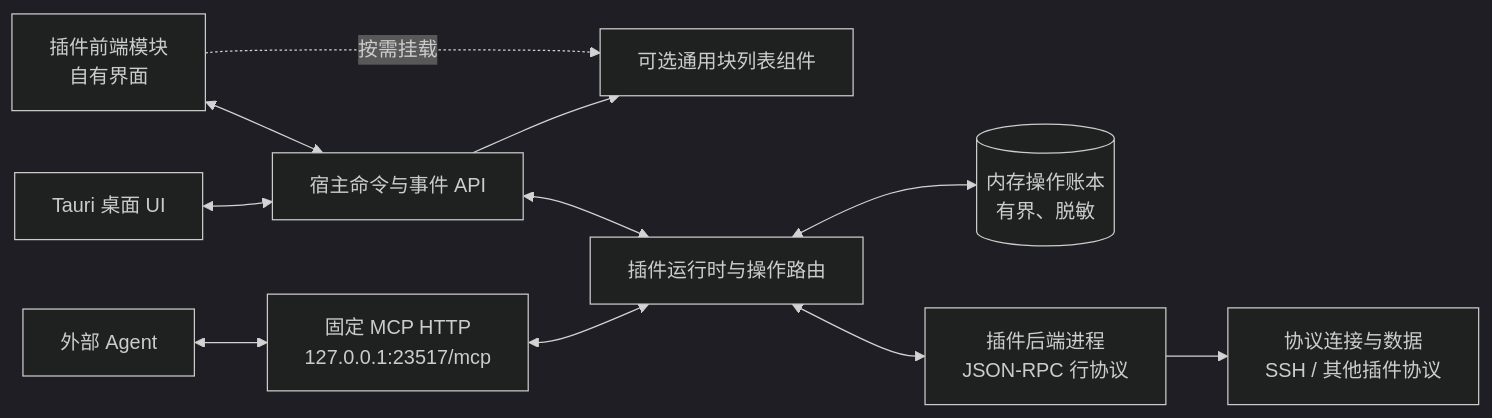
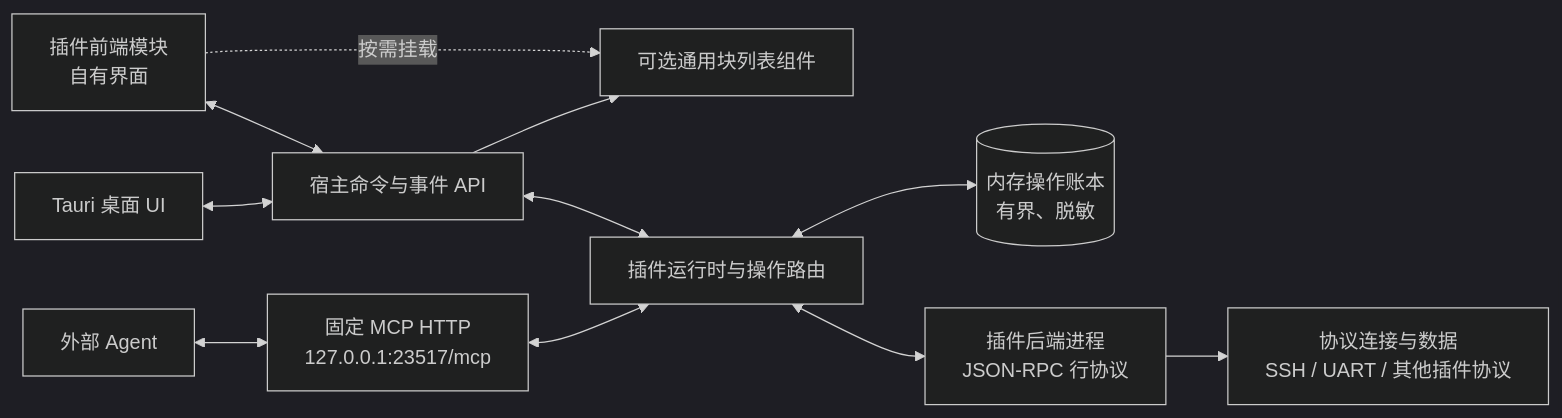
The first of 2 diagrams in docs/architecture/current-architecture.md (RoadToSea/Coterm), drawn with Mermaid (dark theme) before and after one commit. The commit also changed 10 other files, not shown here.

````diff
--- a/docs/architecture/current-architecture.md
+++ b/docs/architecture/current-architecture.md
@@ -9,24 +9,24 @@
 ```mermaid
 flowchart LR
     Agent[外部 Agent]
     MCP[固定 MCP HTTP<br/>127.0.0.1:23517/mcp]
     Desktop[Tauri 桌面 UI]
     HostAPI[宿主命令与事件 API]
     CommonUI[可选通用块列表组件]
     Core[插件运行时与操作路由]
     Ledger[(内存操作账本<br/>有界、脱敏)]
     PluginUI[插件前端模块<br/>自有界面]
     Plugin[插件后端进程<br/>JSON-RPC 行协议]
-    Protocol[协议连接与数据<br/>SSH / 其他插件协议]
+    Protocol[协议连接与数据<br/>SSH / UART / 其他插件协议]
 
     Agent <--> MCP
     MCP <--> Core
     Desktop <--> HostAPI
     HostAPI <--> Core
     PluginUI <--> HostAPI
     HostAPI --> CommonUI
     PluginUI -. 按需挂载 .-> CommonUI
     Core <--> Ledger
     Core <--> Plugin
     Plugin --> Protocol
 ```
````
